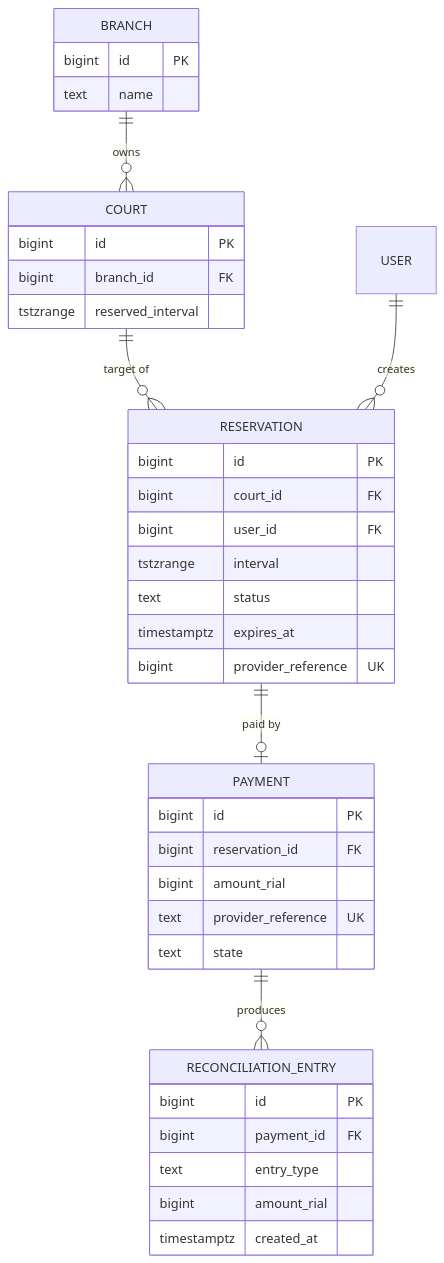
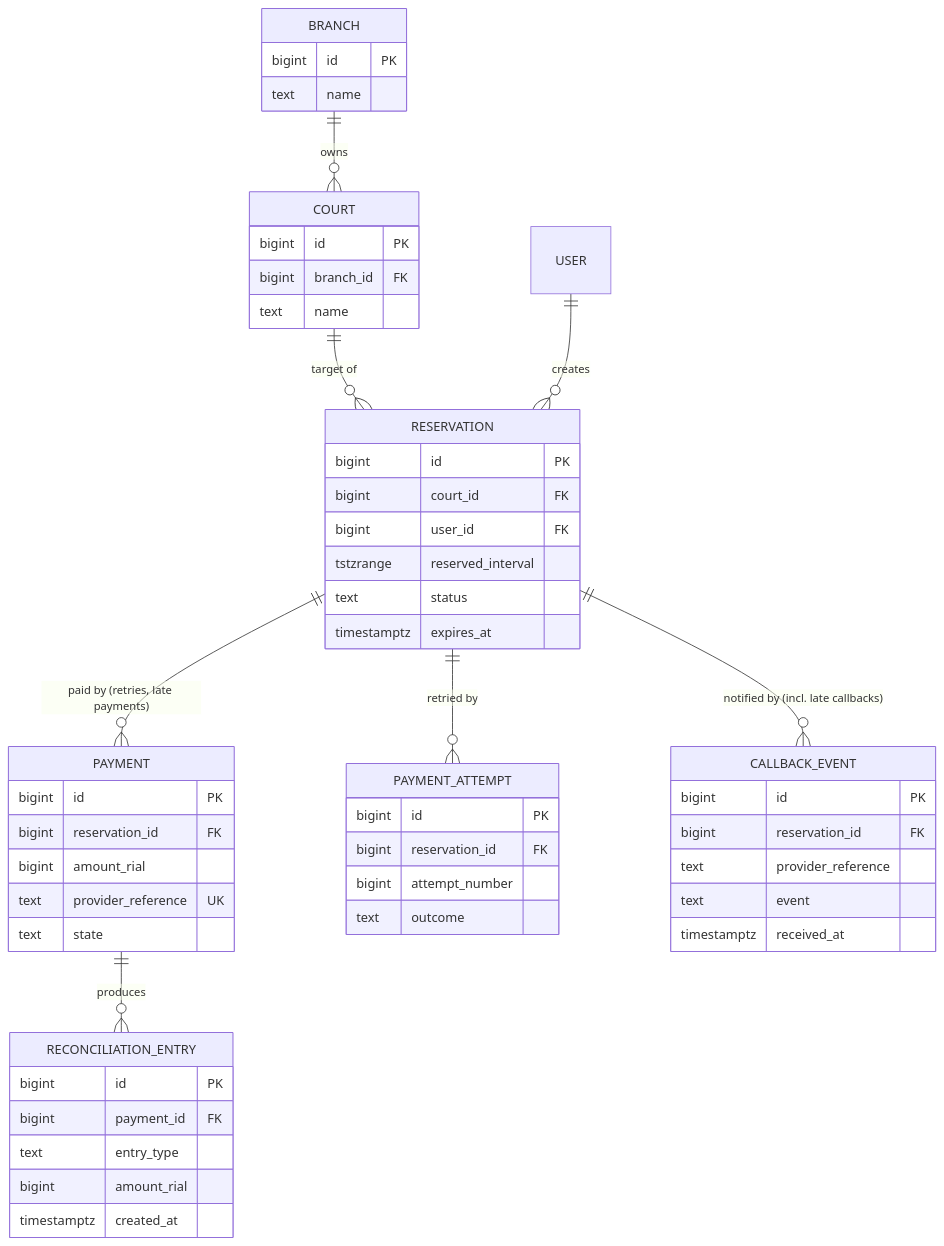
Before and after one commit to Farhooralz/backend-assessment: the first of 2 diagrams in task10_erp_architecture/README.md, drawn with Mermaid. The commit also changed other lines of this file and 5 other files, not shown here.

Commit message:
task10: correct ERD, partial exclusion constraint and sizing model

````diff
--- a/task10_erp_architecture/README.md
+++ b/task10_erp_architecture/README.md
@@ -31,40 +39,54 @@
 ```mermaid
 erDiagram
     BRANCH ||--o{ COURT : owns
     COURT ||--o{ RESERVATION : "target of"
-    RESERVATION ||--o| PAYMENT : "paid by"
+    USER ||--o{ RESERVATION : creates
+    RESERVATION ||--o{ PAYMENT : "paid by (retries, late payments)"
+    RESERVATION ||--o{ PAYMENT_ATTEMPT : "retried by"
+    RESERVATION ||--o{ CALLBACK_EVENT : "notified by (incl. late callbacks)"
     PAYMENT ||--o{ RECONCILIATION_ENTRY : "produces"
-    USER ||--o{ RESERVATION : creates
     BRANCH {
         bigint id PK
         text name
     }
     COURT {
         bigint id PK
         bigint branch_id FK
-        tstzrange reserved_interval
+        text name
     }
     RESERVATION {
         bigint id PK
         bigint court_id FK
         bigint user_id FK
-        tstzrange interval
+        tstzrange reserved_interval
         text status
         timestamptz expires_at
-        bigint provider_reference UK
     }
     PAYMENT {
         bigint id PK
         bigint reservation_id FK
         bigint amount_rial
         text provider_reference UK
         text state
+    }
+    PAYMENT_ATTEMPT {
+        bigint id PK
+        bigint reservation_id FK
+        bigint attempt_number
+        text outcome
+    }
+    CALLBACK_EVENT {
+        bigint id PK
+        bigint reservation_id FK
+        text provider_reference
+        text event
+        timestamptz received_at
     }
     RECONCILIATION_ENTRY {
         bigint id PK
         bigint payment_id FK
         text entry_type
         bigint amount_rial
         timestamptz created_at
     }
 ```
````
